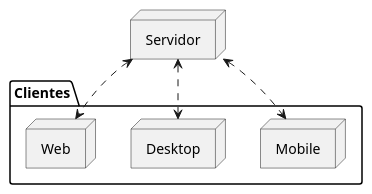
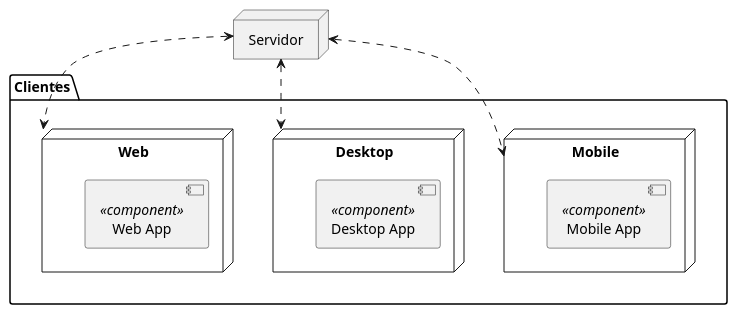
Before and after one commit to tomasflopes/pesti: the diagram in media/_diagrams/plantuml/client-server.puml, drawn with PlantUML. The commit also changed 22 other files, not shown here.

```diff
--- a/media/_diagrams/plantuml/client-server.puml
+++ b/media/_diagrams/plantuml/client-server.puml
@@ -1,19 +1,25 @@
 @startuml client-server
 
 node "Servidor" as S {
 }
 
 folder "Clientes" {
   node "Mobile" as M {
+    component "Mobile App" <<component>> { 
+    }
   }
   node "Desktop" as D {
+    component "Desktop App" <<component>> { 
+    }
   }
   node "Web" as W {
+    component "Web App" <<component>> { 
+    }
   }
 }
 
 S <..> M
 S <..> D
 S <..> W
 
 @enduml
```
